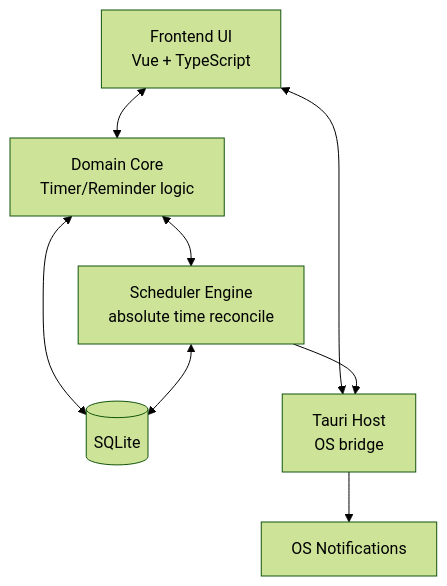
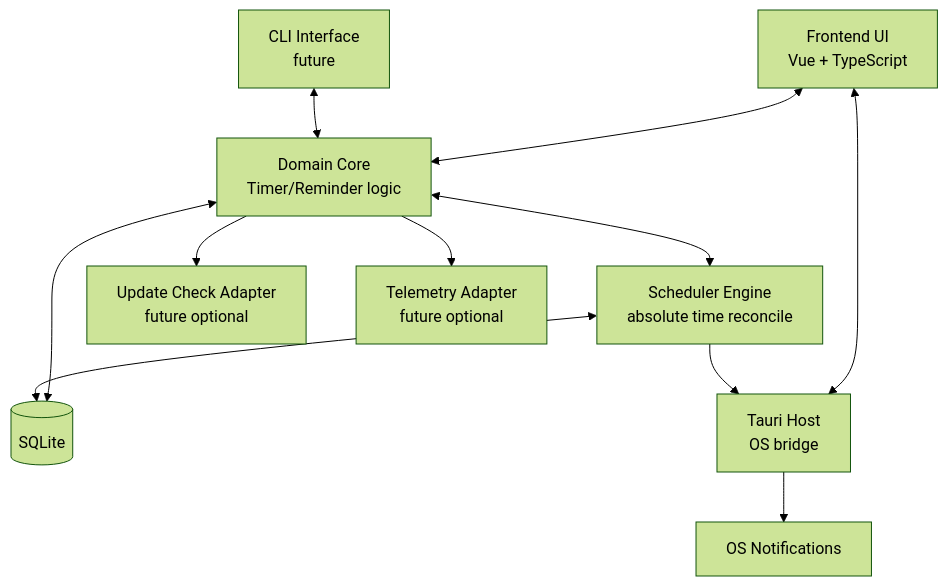
The diagram in docs/L2-container.md (kubasovp/timers), drawn with Mermaid (forest theme) before and after one commit. The commit also changed other lines of this file and 2 other files, not shown here.

Commit message:
docs: future-proof architecture for updates CLI and telemetry

````diff
--- a/docs/L2-container.md
+++ b/docs/L2-container.md
@@ -9,17 +9,23 @@
 ```mermaid
 flowchart TB
   UI[Frontend UI\nVue + TypeScript]
+  CLI[CLI Interface\nfuture]
   CORE[Domain Core\nTimer/Reminder logic]
   SCHED[Scheduler Engine\nabsolute time reconcile]
   DB[(SQLite)]
   TAURI[Tauri Host\nOS bridge]
   NOTIF[OS Notifications]
+  UPDATE[Update Check Adapter\nfuture optional]
+  TELEMETRY[Telemetry Adapter\nfuture optional]
 
   UI <--> CORE
+  CLI <--> CORE
   CORE <--> SCHED
   CORE <--> DB
   SCHED <--> DB
   UI <--> TAURI
   SCHED --> TAURI
   TAURI --> NOTIF
+  CORE --> UPDATE
+  CORE --> TELEMETRY
 ```
````
